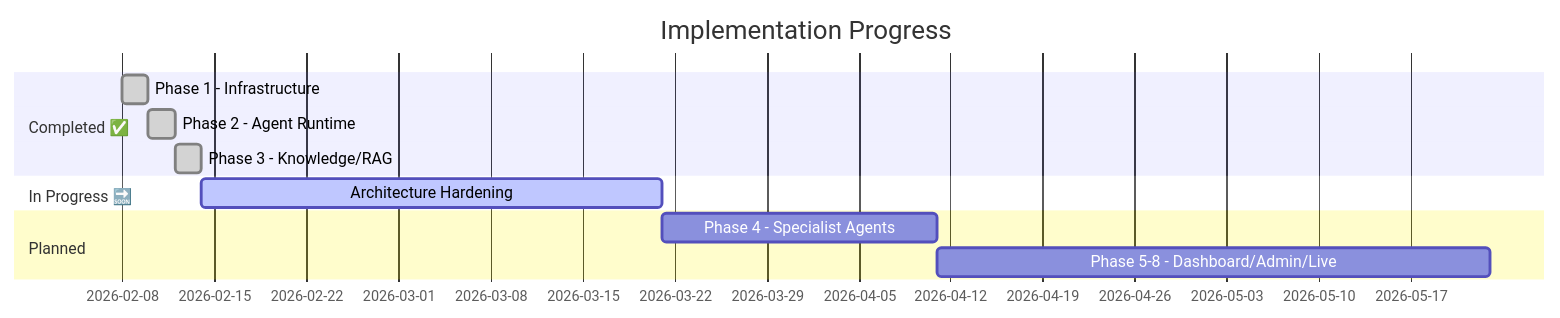
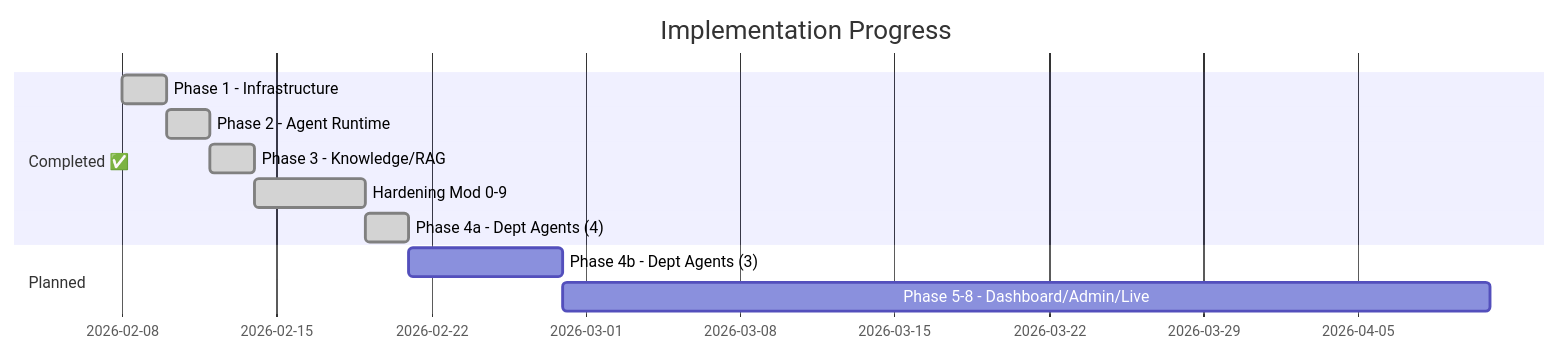
The first of 2 diagrams in PROJECT_PROGRESS.md (ahmadsarifudin-algo/company_AI), drawn with Mermaid before and after one commit. The commit also changed other lines of this file, not shown here.

Commit message:
docs: Update PROJECT_PROGRESS.md  Phase 4a complete (34 agents, 25 tools)

````diff
--- a/PROJECT_PROGRESS.md
+++ b/PROJECT_PROGRESS.md
@@ -11,14 +11,14 @@
 ```mermaid
 gantt
     title Implementation Progress
     dateFormat  YYYY-MM-DD
     section Completed ✅
     Phase 1 - Infrastructure     :done, p1, 2026-02-08, 2d
     Phase 2 - Agent Runtime      :done, p2, after p1, 2d
     Phase 3 - Knowledge/RAG      :done, p3, after p2, 2d
-    section In Progress 🔜
-    Architecture Hardening       :active, ah, after p3, 35d
+    Hardening Mod 0-9           :done, ah1, after p3, 5d
+    Phase 4a - Dept Agents (4)   :done, p4a, after ah1, 2d
     section Planned
-    Phase 4 - Specialist Agents  :p4, after ah, 21d
-    Phase 5-8 - Dashboard/Admin/Live :p5, after p4, 42d
+    Phase 4b - Dept Agents (3)   :p4b, after p4a, 7d
+    Phase 5-8 - Dashboard/Admin/Live :p5, after p4b, 42d
 ```
````
